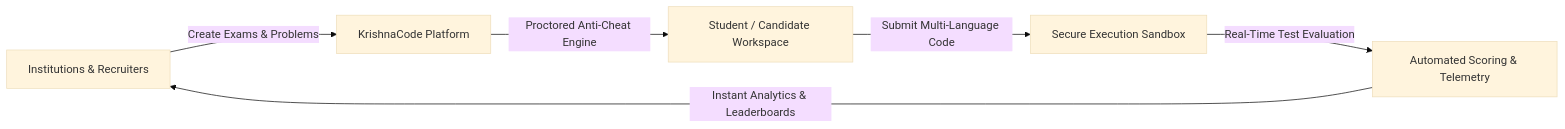
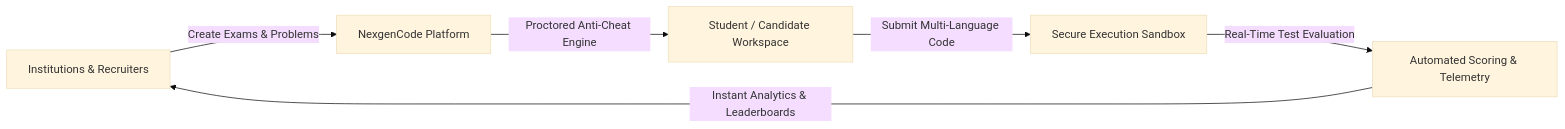
One commit to guy395800-alt/krishnacode changed the first of 3 diagrams in CLIENT_PRESENTATION.md. Above: the diagram before and after it, drawn with Mermaid (base theme). The commit also changed other lines of this file and 6 other files, not shown here.

Commit message:
Update platform branding to NexgenCode across UI, navigation, and documentation

````diff
--- a/CLIENT_PRESENTATION.md
+++ b/CLIENT_PRESENTATION.md
@@ -12,8 +12,8 @@
 ```mermaid
 flowchart LR
-    A["Institutions & Recruiters"] -->|Create Exams & Problems| B["KrishnaCode Platform"]
+    A["Institutions & Recruiters"] -->|Create Exams & Problems| B["NexgenCode Platform"]
     B -->|Proctored Anti-Cheat Engine| C["Student / Candidate Workspace"]
     C -->|Submit Multi-Language Code| D["Secure Execution Sandbox"]
     D -->|Real-Time Test Evaluation| E["Automated Scoring & Telemetry"]
     E -->|Instant Analytics & Leaderboards| A
 ```
````
